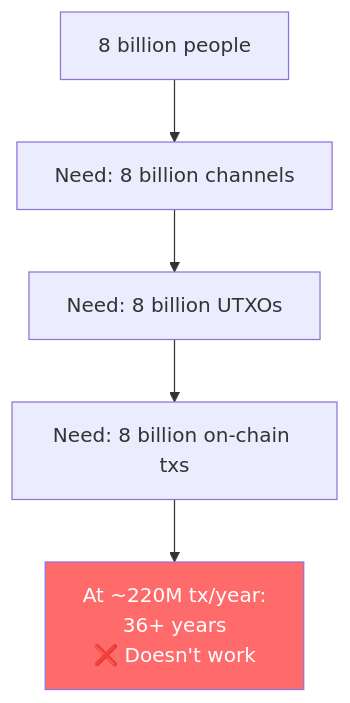
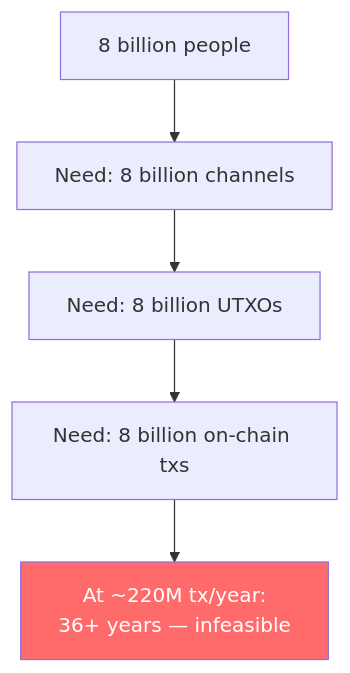
Before and after one commit to 8144225309/superscalar-docs: the first of 2 diagrams in context/why-superscalar-exists.md, drawn with Mermaid. The commit also changed other lines of this file and 31 other files, not shown here.

````diff
--- a/context/why-superscalar-exists.md
+++ b/context/why-superscalar-exists.md
@@ -13,9 +13,9 @@
 ```mermaid
 graph TD
     P["8 billion people"] --> C["Need: 8 billion channels"]
     C --> U["Need: 8 billion UTXOs"]
     U --> T["Need: 8 billion on-chain txs"]
-    T --> F["At ~220M tx/year:<br/>36+ years<br/>❌ Doesn't work"]
+    T --> F["At ~220M tx/year:<br/>36+ years — infeasible"]
 
     style F fill:#ff6b6b,color:#fff
 ```
````
